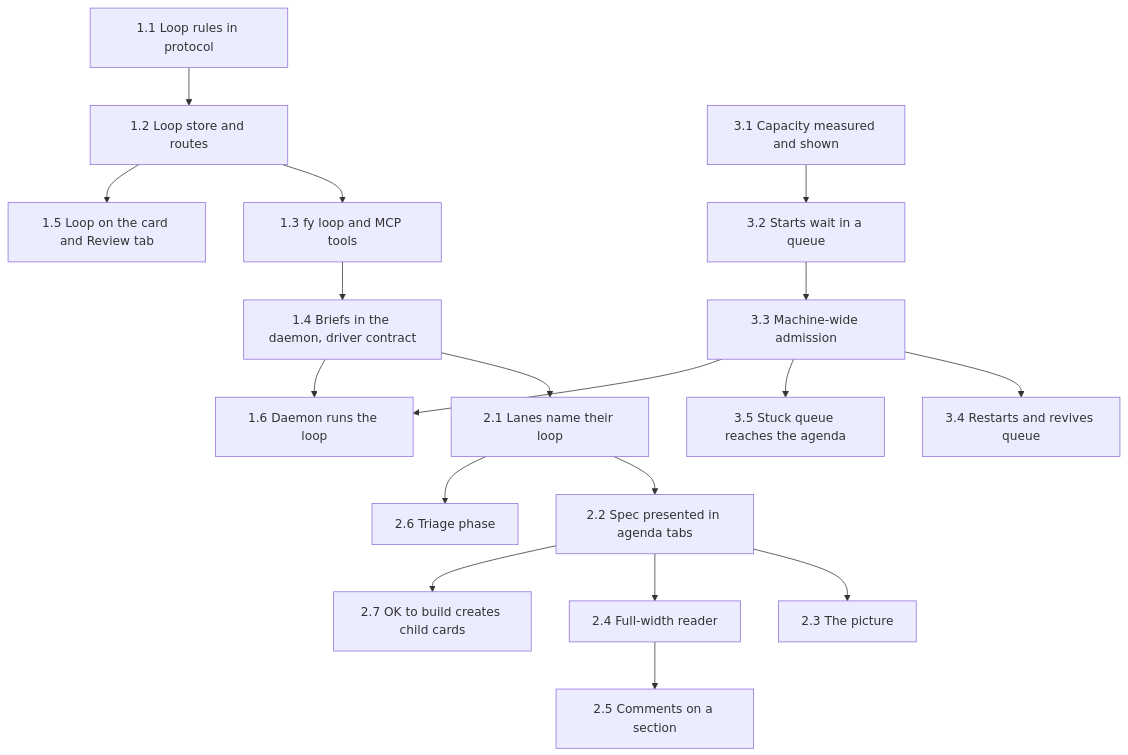
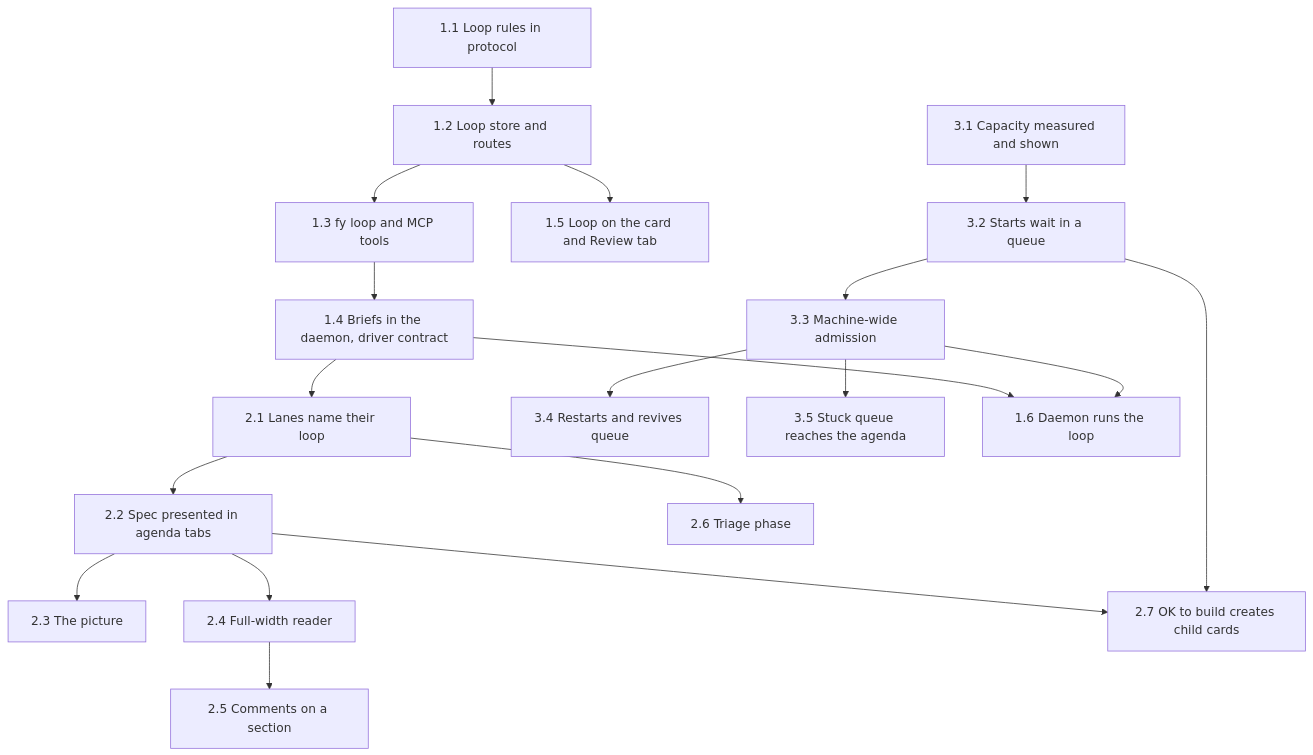
One commit to kirinnee/ferretry changed the first of 2 diagrams in docs/design/loop-engine.md. Above: the diagram before and after it, drawn with Mermaid. The commit also changed other lines of this file, not shown here.

````diff
--- a/docs/design/loop-engine.md
+++ b/docs/design/loop-engine.md
@@ -66,20 +66,21 @@
 ```mermaid
 graph TD
   P11[1.1 Loop rules in protocol] --> P12[1.2 Loop store and routes]
   P12 --> P13[1.3 fy loop and MCP tools]
   P13 --> P14[1.4 Briefs in the daemon, driver contract]
   P12 --> P15[1.5 Loop on the card and Review tab]
   P14 --> P21[2.1 Lanes name their loop]
   P21 --> P22[2.2 Spec presented in agenda tabs]
   P22 --> P23[2.3 The picture]
   P22 --> P24[2.4 Full-width reader]
   P24 --> P25[2.5 Comments on a section]
   P21 --> P26[2.6 Triage phase]
   P22 --> P27[2.7 OK to build creates child cards]
+  P32 --> P27
   P31[3.1 Capacity measured and shown] --> P32[3.2 Starts wait in a queue]
   P32 --> P33[3.3 Machine-wide admission]
   P33 --> P34[3.4 Restarts and revives queue]
   P33 --> P35[3.5 Stuck queue reaches the agenda]
   P14 --> P16[1.6 Daemon runs the loop]
   P33 --> P16
 ```
````
